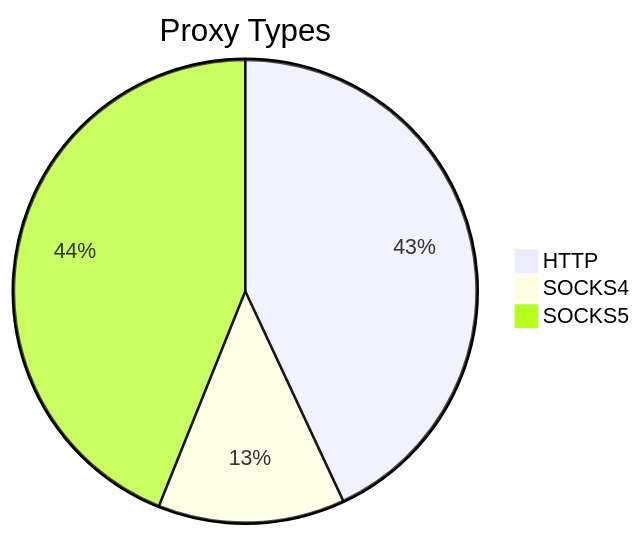
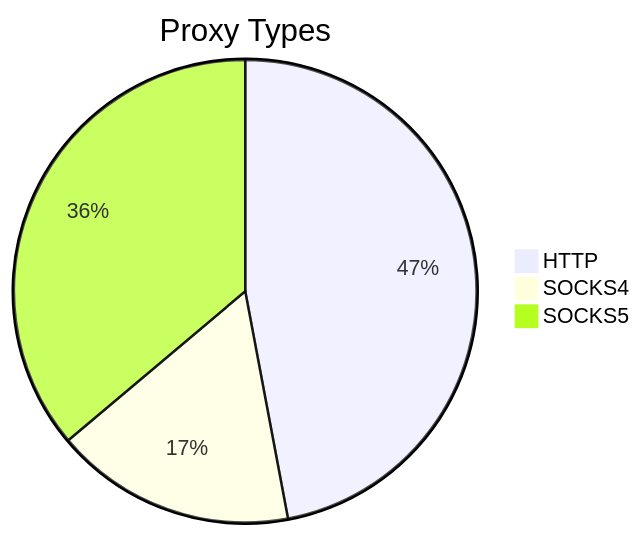
One commit to stormsia/proxy-list changed the first of 2 diagrams in README.md. Above: the diagram before and after it, drawn with Mermaid. The commit also changed other lines of this file, not shown here.

````diff
--- a/README.md
+++ b/README.md
@@ -21,6 +21,6 @@
 ```mermaid
 pie title Proxy Types
-    "HTTP" : 198
-    "SOCKS4" : 60
-    "SOCKS5" : 202
+    "HTTP" : 302
+    "SOCKS4" : 108
+    "SOCKS5" : 232
 ```
````
